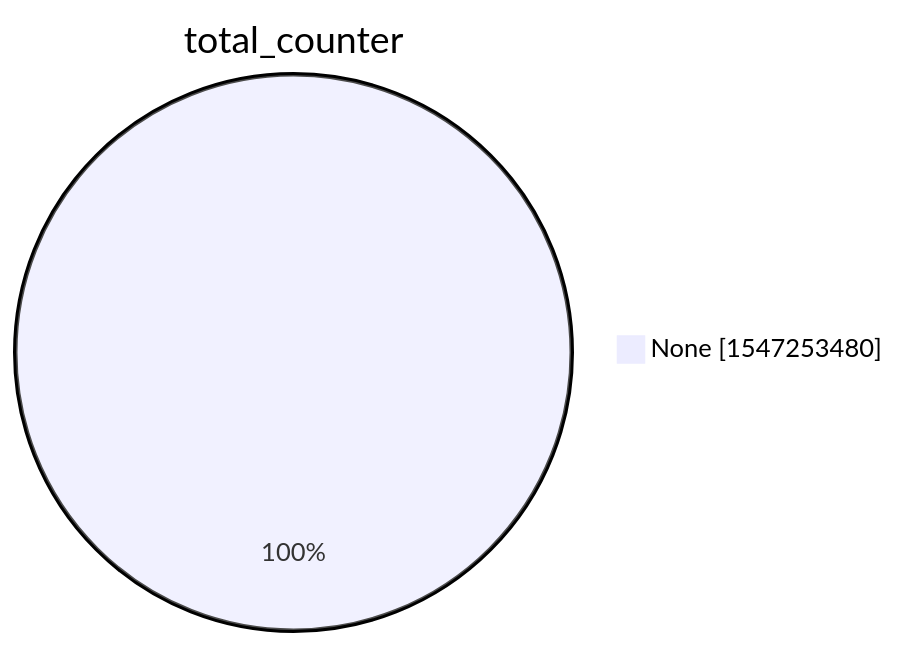
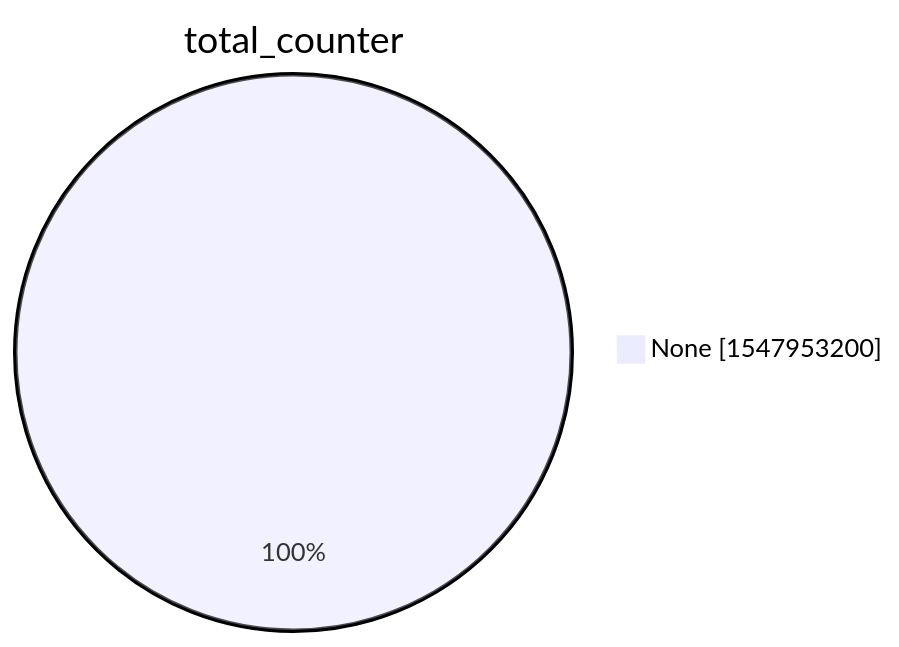
The second of 15 diagrams in xenon2022/README.md (christiankrug/ctmonitor_visualization), drawn with Mermaid before and after one commit. The commit also changed other lines of this file, not shown here.

````diff
--- a/xenon2022/README.md
+++ b/xenon2022/README.md
@@ -9,5 +9,5 @@
 ```mermaid
 pie showData
 title total_counter
-"None" :1547253480
+"None" :1547953200
 ```
````
